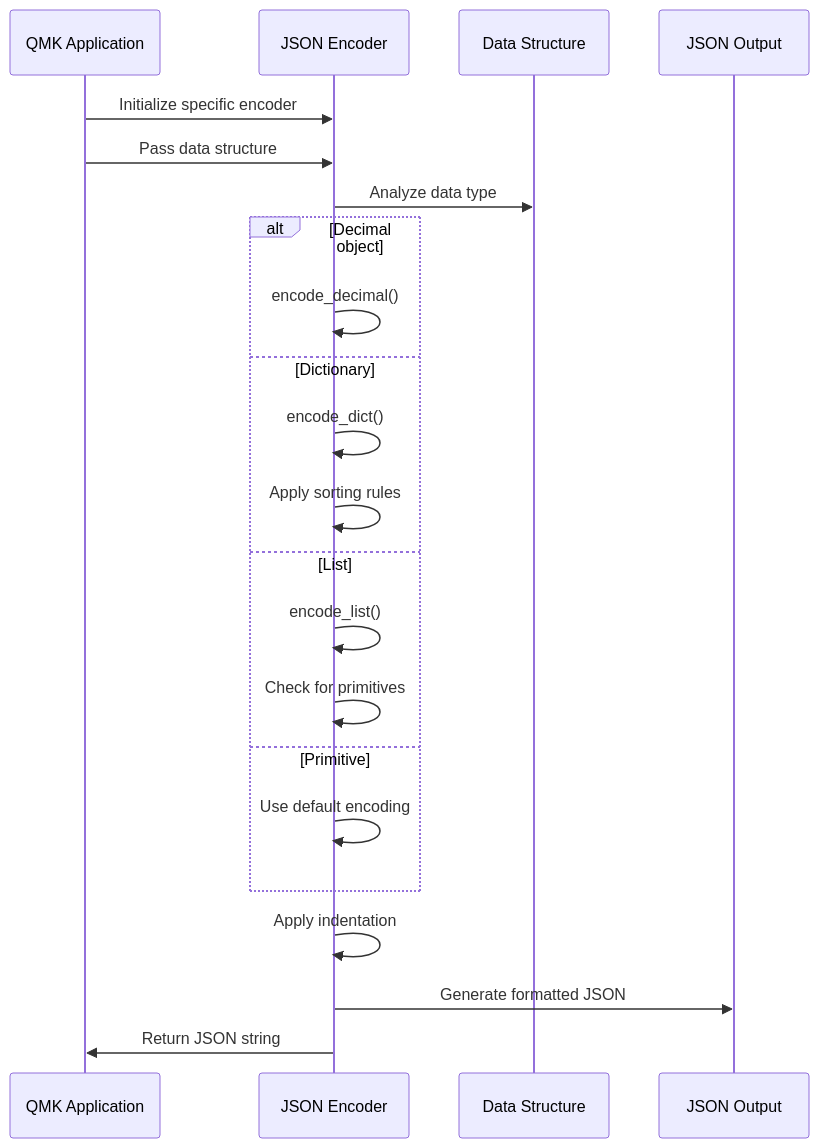
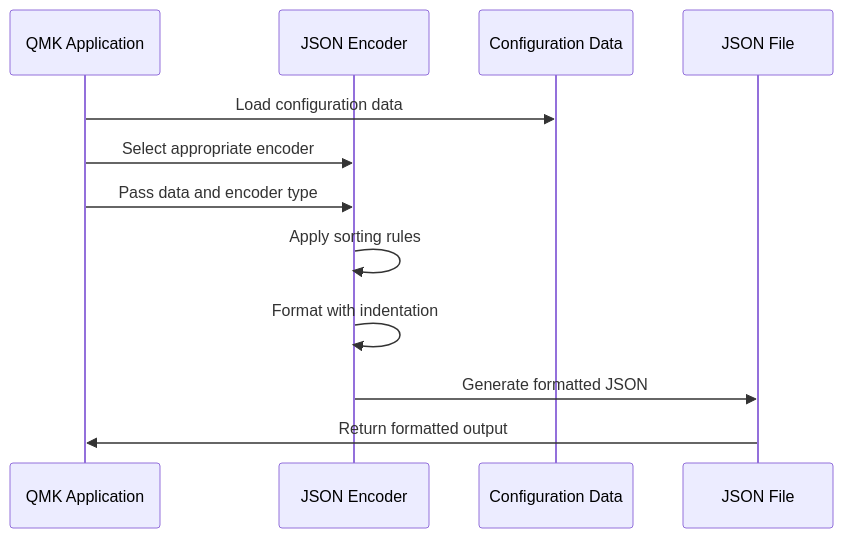
Before and after one commit to FSoft-AI4Code/codewiki-demo: the second of 2 diagrams in docs/qmk--qmk_firmware-docs/json_encoders.md, drawn with Mermaid. The commit also changed other lines of this file and 1103 other files, not shown here.

````diff
--- a/docs/qmk--qmk_firmware-docs/json_encoders.md
+++ b/docs/qmk--qmk_firmware-docs/json_encoders.md
@@ -136,27 +154,15 @@
 ```mermaid
 sequenceDiagram
     participant App as QMK Application
     participant Encoder as JSON Encoder
-    participant Data as Data Structure
-    participant Output as JSON Output
+    participant Data as Configuration Data
+    participant File as JSON File
     
-    App->>Encoder: Initialize specific encoder
-    App->>Encoder: Pass data structure
-    Encoder->>Data: Analyze data type
-    
-    alt Decimal object
-        Encoder->>Encoder: encode_decimal()
-    else Dictionary
-        Encoder->>Encoder: encode_dict()
-        Encoder->>Encoder: Apply sorting rules
-    else List
-        Encoder->>Encoder: encode_list()
-        Encoder->>Encoder: Check for primitives
-    else Primitive
-        Encoder->>Encoder: Use default encoding
-    end
-    
-    Encoder->>Encoder: Apply indentation
-    Encoder->>Output: Generate formatted JSON
-    Encoder->>App: Return JSON string
+    App->>Data: Load configuration data
+    App->>Encoder: Select appropriate encoder
+    App->>Encoder: Pass data and encoder type
+    Encoder->>Encoder: Apply sorting rules
+    Encoder->>Encoder: Format with indentation
+    Encoder->>File: Generate formatted JSON
+    File->>App: Return formatted output
 ```
````
